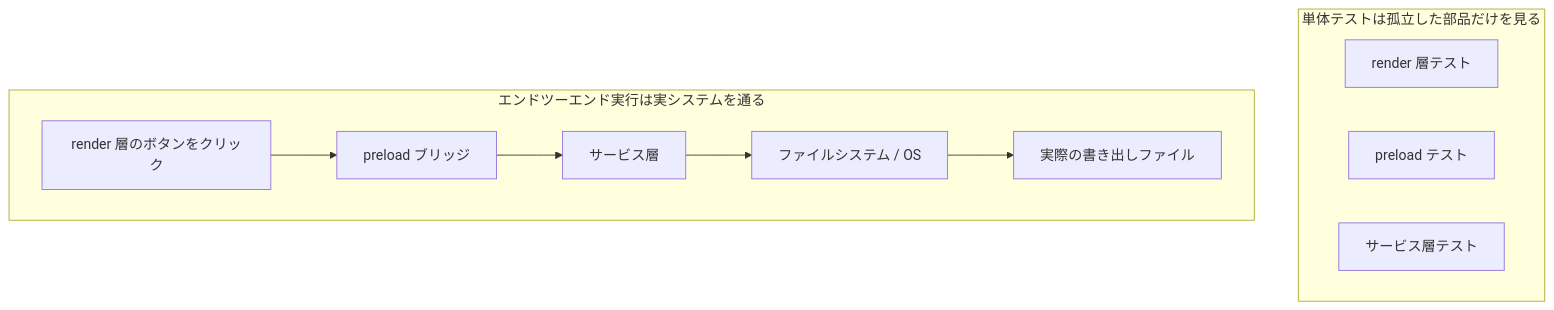
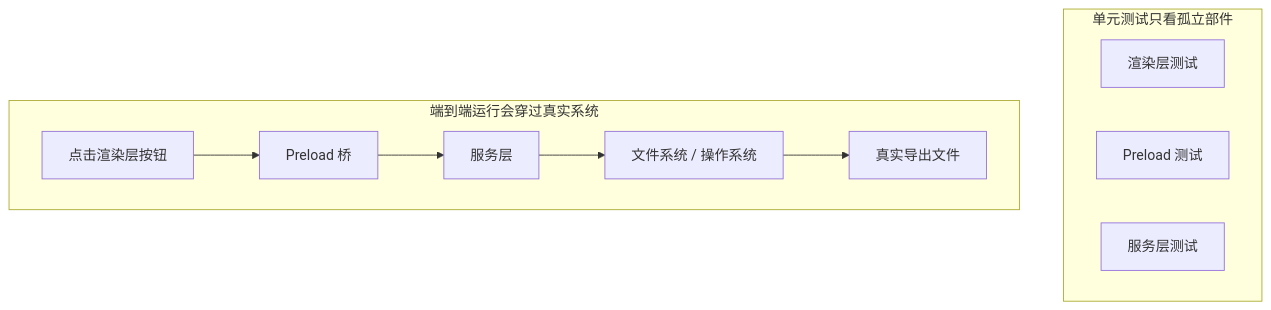
One commit to mkusaka/learn-harness-engineering changed the first of 2 diagrams in docs/zh/lectures/lecture-10-why-end-to-end-testing-changes-results/index.md. Above: the diagram before and after it, drawn with Mermaid. The commit also changed other lines of this file and 684 other files, not shown here.

````diff
--- a/docs/zh/lectures/lecture-10-why-end-to-end-testing-changes-results/index.md
+++ b/docs/zh/lectures/lecture-10-why-end-to-end-testing-changes-results/index.md
@@ -36,15 +36,15 @@
 ```mermaid
 flowchart TB
-    subgraph Unit["単体テストは孤立した部品だけを見る"]
-        U1["render 層テスト"]
-        U2["preload テスト"]
-        U3["サービス層テスト"]
+    subgraph Unit["单元测试只看孤立部件"]
+        U1["渲染层测试"]
+        U2["Preload 测试"]
+        U3["服务层测试"]
     end
 
-    subgraph E2E["エンドツーエンド実行は実システムを通る"]
-        R["render 層のボタンをクリック"] --> P["preload ブリッジ"]
-        P --> S["サービス層"]
-        S --> F["ファイルシステム / OS"]
-        F --> Result["実際の書き出しファイル"]
+    subgraph E2E["端到端运行会穿过真实系统"]
+        R["点击渲染层按钮"] --> P["Preload 桥"]
+        P --> S["服务层"]
+        S --> F["文件系统 / 操作系统"]
+        F --> Result["真实导出文件"]
     end
 ```
````
